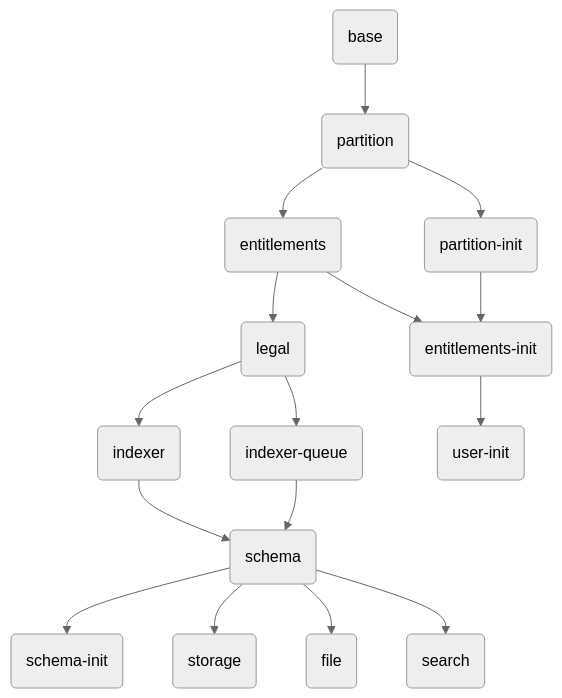
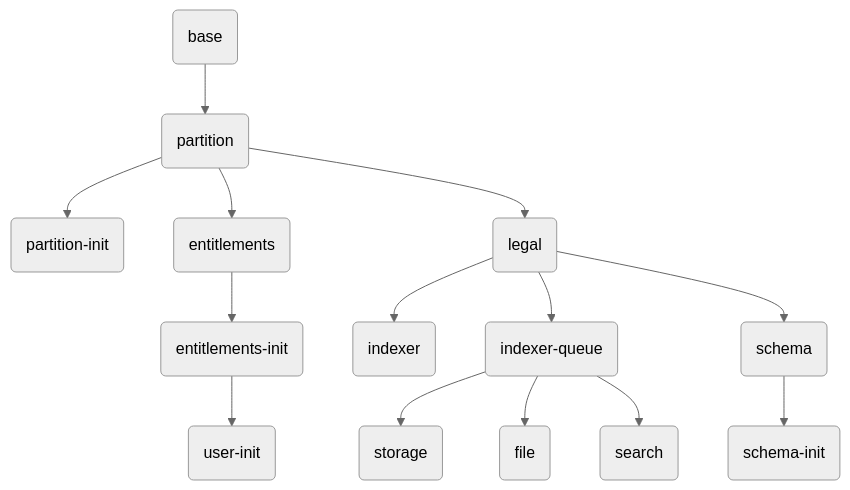
Before and after one commit to Azure/osdu-developer: the diagram in software/applications/osdu-core/README.md, drawn with Mermaid (neutral theme). The commit also changed 5 other files, not shown here.

Commit message:
Reorder sequence.

````diff
--- a/software/applications/osdu-core/README.md
+++ b/software/applications/osdu-core/README.md
@@ -3,33 +3,31 @@
 ```mermaid
 flowchart TD
   base("base")
   partition("partition")
   partition_init("partition-init")
   entitlements("entitlements")
   entitlements_init("entitlements-init")
   legal("legal")
   indexer("indexer")
   indexer_queue("indexer-queue")
   user_init("user-init")
   schema("schema")
   schema_init("schema-init")
   storage("storage")
   file("file")
   search("search")
 
   base-->partition
   partition-->entitlements
   partition-->partition_init
   entitlements-->entitlements_init
-  partition_init-->entitlements_init
   entitlements_init-->user_init
-  entitlements-->legal
+  partition-->legal
   legal-->indexer
   legal-->indexer_queue
-  indexer-->schema
-  indexer_queue-->schema
+  legal-->schema
   schema-->schema_init
-  schema-->storage
-  schema-->file
-  schema-->search
+  indexer_queue-->storage
+  indexer_queue-->file
+  indexer_queue-->search
 ```
````
